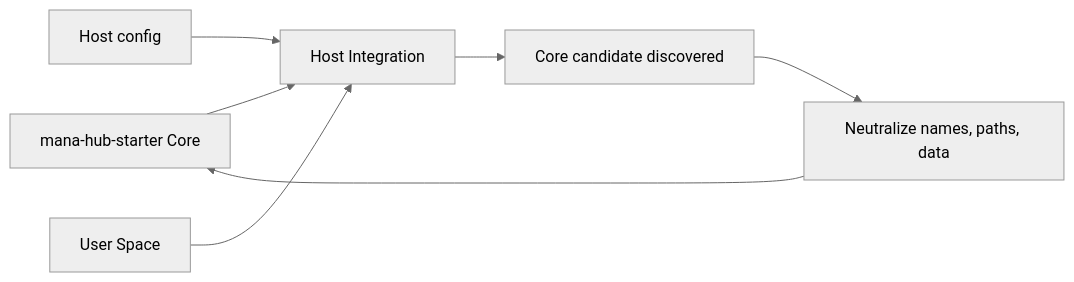
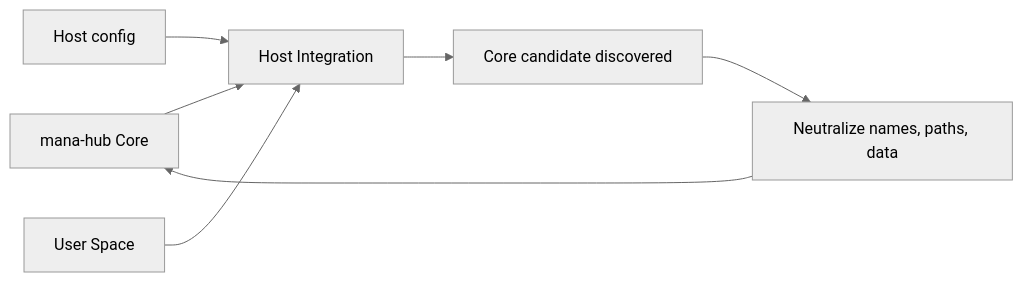
The diagram in docs/core-host-sync.md (jacobjessesteinberger/mana-hub), drawn with Mermaid (neutral theme) before and after one commit. The commit also changed other lines of this file and 13 other files, not shown here.

````diff
--- a/docs/core-host-sync.md
+++ b/docs/core-host-sync.md
@@ -40,9 +40,9 @@
 ```mermaid
 flowchart LR
-  core["mana-hub-starter Core"] --> host["Host Integration"]
+  core["mana-hub Core"] --> host["Host Integration"]
   host --> candidate["Core candidate discovered"]
   candidate --> neutralize["Neutralize names, paths, data"]
   neutralize --> core
   hostConfig["Host config"] --> host
   userSpace["User Space"] --> host
 ```
````
